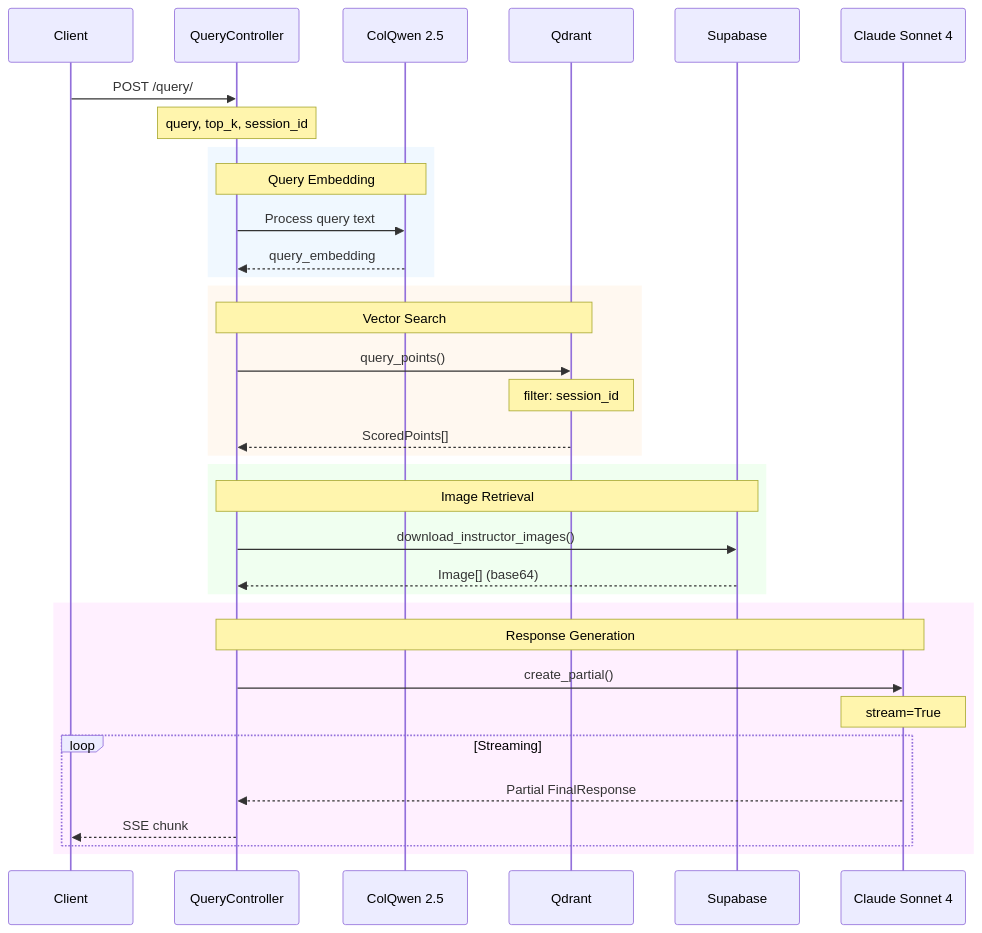
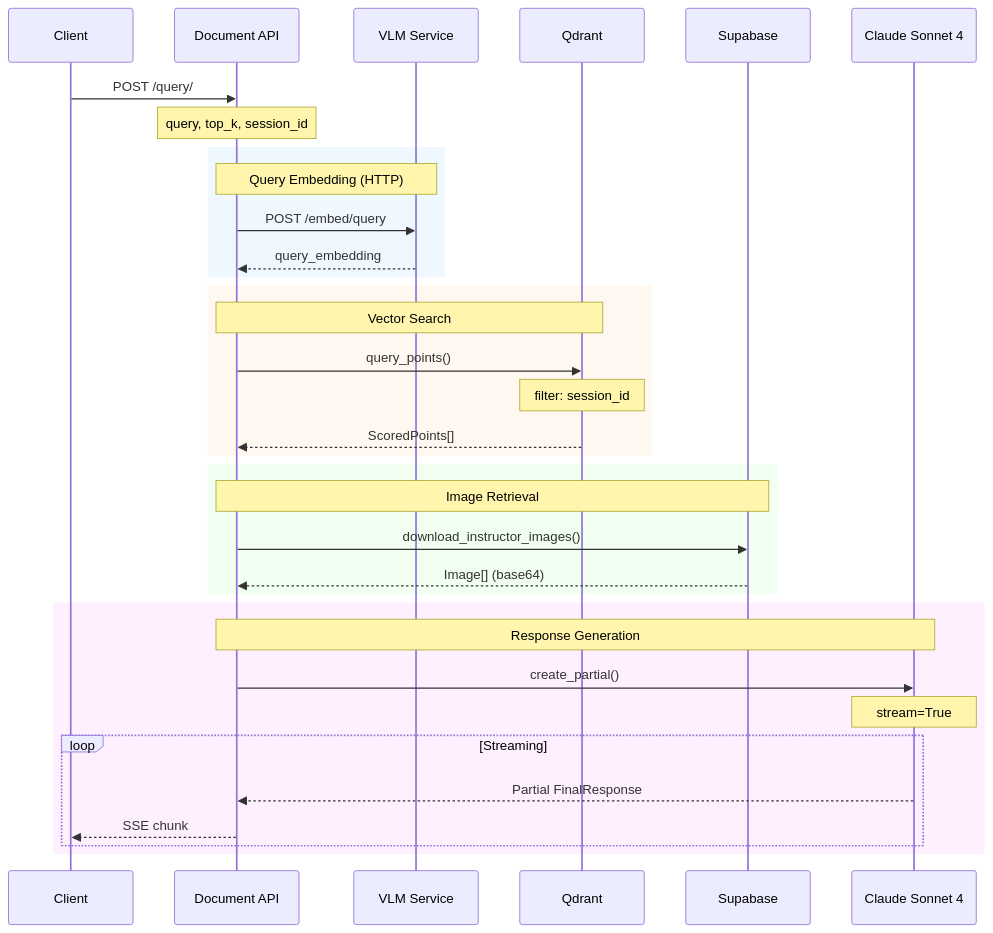
The sixth of 10 diagrams in docs/data-flow.md (akosgintl/colpali-rag-app), drawn with Mermaid before and after one commit. The commit also changed other lines of this file and 84 other files, not shown here.

Commit message:
refactored to document-api and colpali-vlm projects

````diff
--- a/docs/data-flow.md
+++ b/docs/data-flow.md
@@ -167,41 +179,41 @@
 ```mermaid
 sequenceDiagram
     participant Client
-    participant Controller as QueryController
-    participant ColQwen as ColQwen 2.5
+    participant API as Document API
+    participant VLM as VLM Service
     participant Qdrant
     participant Supabase
     participant Claude as Claude Sonnet 4
 
-    Client->>Controller: POST /query/
-    Note over Controller: query, top_k, session_id
+    Client->>API: POST /query/
+    Note over API: query, top_k, session_id
 
     rect rgb(240, 248, 255)
-        Note over Controller,ColQwen: Query Embedding
-        Controller->>ColQwen: Process query text
-        ColQwen-->>Controller: query_embedding
+        Note over API,VLM: Query Embedding (HTTP)
+        API->>VLM: POST /embed/query
+        VLM-->>API: query_embedding
     end
 
     rect rgb(255, 248, 240)
-        Note over Controller,Qdrant: Vector Search
-        Controller->>Qdrant: query_points()
+        Note over API,Qdrant: Vector Search
+        API->>Qdrant: query_points()
         Note over Qdrant: filter: session_id
-        Qdrant-->>Controller: ScoredPoints[]
+        Qdrant-->>API: ScoredPoints[]
     end
 
     rect rgb(240, 255, 240)
-        Note over Controller,Supabase: Image Retrieval
-        Controller->>Supabase: download_instructor_images()
-        Supabase-->>Controller: Image[] (base64)
+        Note over API,Supabase: Image Retrieval
+        API->>Supabase: download_instructor_images()
+        Supabase-->>API: Image[] (base64)
     end
 
     rect rgb(255, 240, 255)
-        Note over Controller,Claude: Response Generation
-        Controller->>Claude: create_partial()
+        Note over API,Claude: Response Generation
+        API->>Claude: create_partial()
         Note over Claude: stream=True
         loop Streaming
-            Claude-->>Controller: Partial FinalResponse
-            Controller-->>Client: SSE chunk
+            Claude-->>API: Partial FinalResponse
+            API-->>Client: SSE chunk
         end
     end
 ```
````
